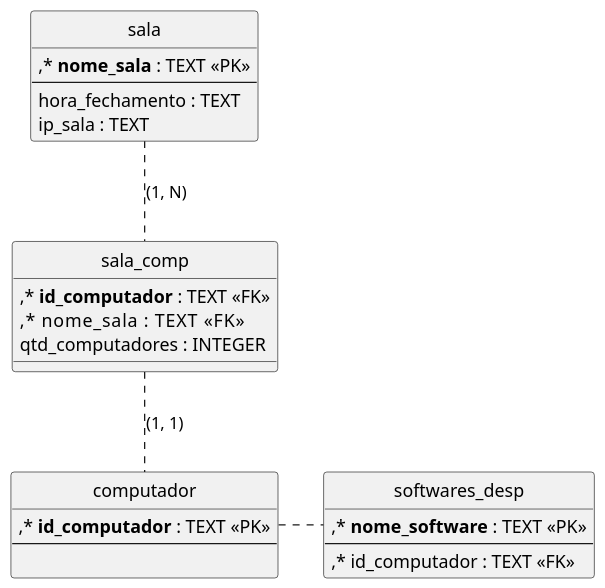
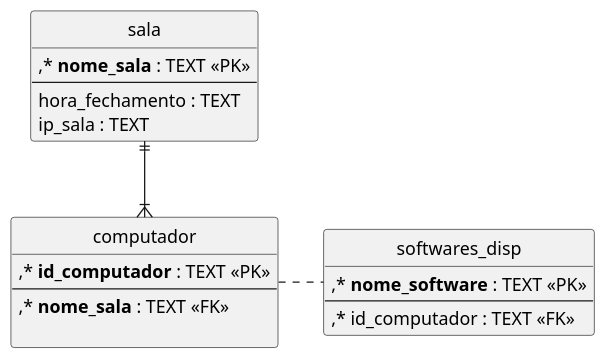
The diagram in docs/diagrama_relacional.org (sociedade-do-pastel/softeiros), drawn with PlantUML before and after one commit. The commit also changed 8 other files, not shown here.

Commit message:
Aprimorada primeira entrega, consertados diagrama relacional e de componentes

```diff
--- a/docs/diagrama_relacional.org
+++ b/docs/diagrama_relacional.org
@@ -3,33 +3,27 @@
 #+begin_src plantuml :file ../imgs/diagramo_rel.png :exports results
   scale 600*900
   hide circle
   entity sala {
 	  ,* **nome_sala** : TEXT <<PK>>
 	  --
 	  hora_fechamento : TEXT 
 	  ip_sala : TEXT 
   }
 
   entity computador {
 	  ,* **id_computador** : TEXT <<PK>>
 	  --
+	  ,* **nome_sala** : TEXT <<FK>>
 
   }
 
-  entity sala_comp {
-	  ,* **id_computador** : TEXT <<FK>>
-	  ,* nome_sala     : TEXT <<FK>>
-	  qtd_computadores : INTEGER
-  }
-
-  entity softwares_desp {
+  entity softwares_disp {
 	  ,* **nome_software** : TEXT <<PK>>
 	  --
 	  ,* id_computador : TEXT <<FK>>
   }
 
-  sala .. sala_comp : (1, N)
-  sala_comp .. computador : (1, 1)
-  computador . softwares_desp 
+  sala ||--|{ computador
+  computador . softwares_disp
 
 #+end_src
```
